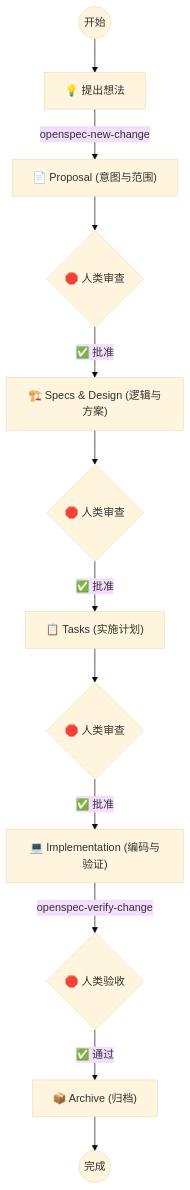
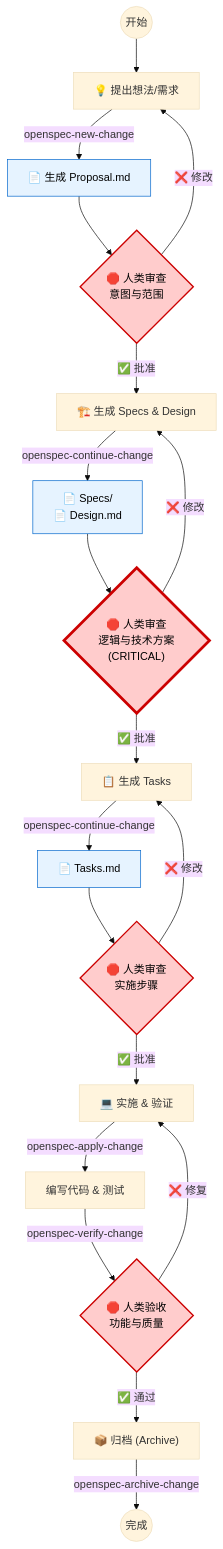
Before and after one commit to Cooper-X-Oak/MySpecDrive_GUIDE: the first of 2 diagrams in README.md, drawn with Mermaid (base theme). The commit also changed other lines of this file and 13 other files, not shown here.

Commit message:
docs(readme): 整合可视化工作流图表与审查指南

````diff
--- a/README.md
+++ b/README.md
@@ -32,18 +34,65 @@
 ```mermaid
 graph TD
-    Start((开始)) --> Idea["💡 提出想法"]
-    Idea --> |openspec-new-change| Proposal["📄 Proposal (意图与范围)"]
-    Proposal --> Check1{"🛑 人类审查"}
+    %% 节点定义
+    Start((开始)) 
+    Idea["💡 提出想法/需求"]
     
-    Check1 --> |✅ 批准| SpecDesign["🏗️ Specs & Design (逻辑与方案)"]
-    SpecDesign --> Check2{"🛑 人类审查"}
+    %% Proposal 阶段
+    Proposal["📄 生成 Proposal.md"]
+    Check1{"🛑 人类审查<br/>意图与范围"}
     
-    Check2 --> |✅ 批准| TaskPlan["📋 Tasks (实施计划)"]
-    TaskPlan --> Check3{"🛑 人类审查"}
+    %% Specs & Design 阶段
+    SpecDesign["🏗️ 生成 Specs & Design"]
+    Artifacts["📄 Specs/ <br/> 📄 Design.md"]
+    Check2{"🛑 人类审查<br/>逻辑与技术方案<br/>(CRITICAL)"}
     
-    Check3 --> |✅ 批准| Implement["💻 Implementation (编码与验证)"]
-    Implement --> |openspec-verify-change| Check4{"🛑 人类验收"}
+    %% Planning 阶段
+    TaskPlan["📋 生成 Tasks"]
+    Tasks["📄 Tasks.md"]
+    Check3{"🛑 人类审查<br/>实施步骤"}
     
-    Check4 --> |✅ 通过| Archive["📦 Archive (归档)"]
-    Archive --> End((完成))
+    %% Implementation 阶段
+    Implement["💻 实施 & 验证"]
+    Code["编写代码 & 测试"]
+    Check4{"🛑 人类验收<br/>功能与质量"}
+    
+    %% End 阶段
+    Archive["📦 归档 (Archive)"]
+    End((完成))
+
+    %% 流程连线
+    Start --> Idea
+    Idea --> |openspec-new-change| Proposal
+    Proposal --> Check1
+    
+    Check1 --> |❌ 修改| Idea
+    Check1 --> |✅ 批准| SpecDesign
+    
+    SpecDesign --> |openspec-continue-change| Artifacts
+    Artifacts --> Check2
+    
+    Check2 --> |❌ 修改| SpecDesign
+    Check2 --> |✅ 批准| TaskPlan
+    
+    TaskPlan --> |openspec-continue-change| Tasks
+    Tasks --> Check3
+    
+    Check3 --> |❌ 修改| TaskPlan
+    Check3 --> |✅ 批准| Implement
+    
+    Implement --> |openspec-apply-change| Code
+    Code --> |openspec-verify-change| Check4
+    
+    Check4 --> |❌ 修复| Implement
+    Check4 --> |✅ 通过| Archive
+    Archive --> |openspec-archive-change| End
+
+    %% 样式定义
+    style Check1 fill:#ffcccc,stroke:#cc0000,stroke-width:2px,color:#000
+    style Check2 fill:#ffcccc,stroke:#cc0000,stroke-width:4px,color:#000
+    style Check3 fill:#ffcccc,stroke:#cc0000,stroke-width:2px,color:#000
+    style Check4 fill:#ffcccc,stroke:#cc0000,stroke-width:2px,color:#000
+    style Artifacts fill:#e6f3ff,stroke:#0066cc,stroke-width:1px,color:#000
+    style Proposal fill:#e6f3ff,stroke:#0066cc,stroke-width:1px,color:#000
+    style Tasks fill:#e6f3ff,stroke:#0066cc,stroke-width:1px,color:#000
 ```
````
